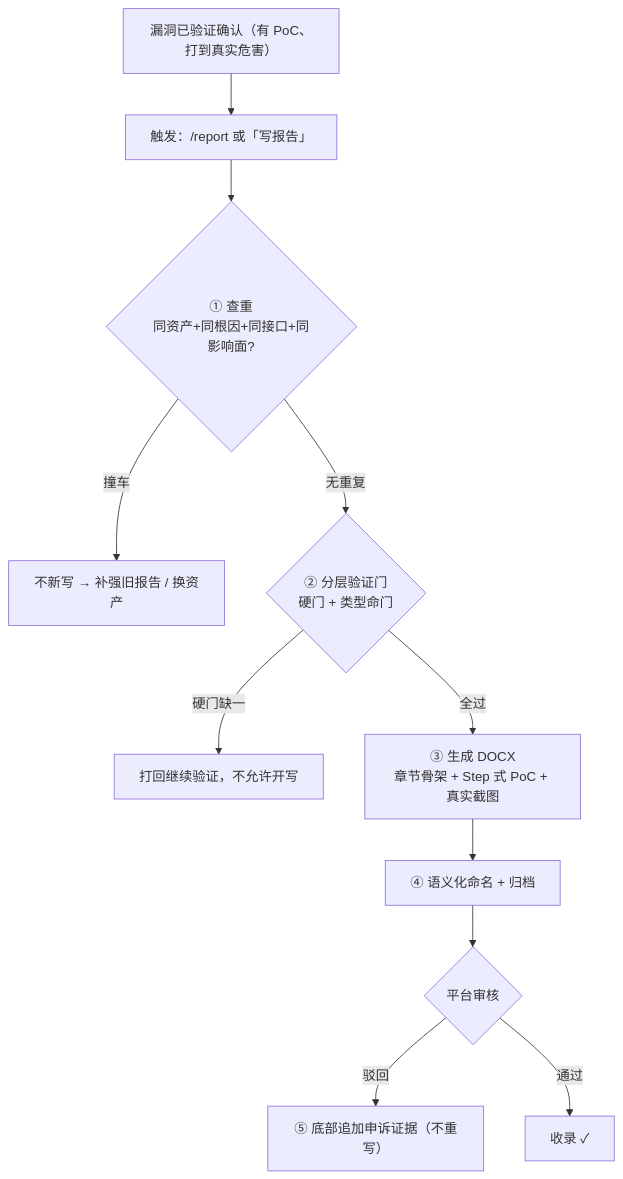
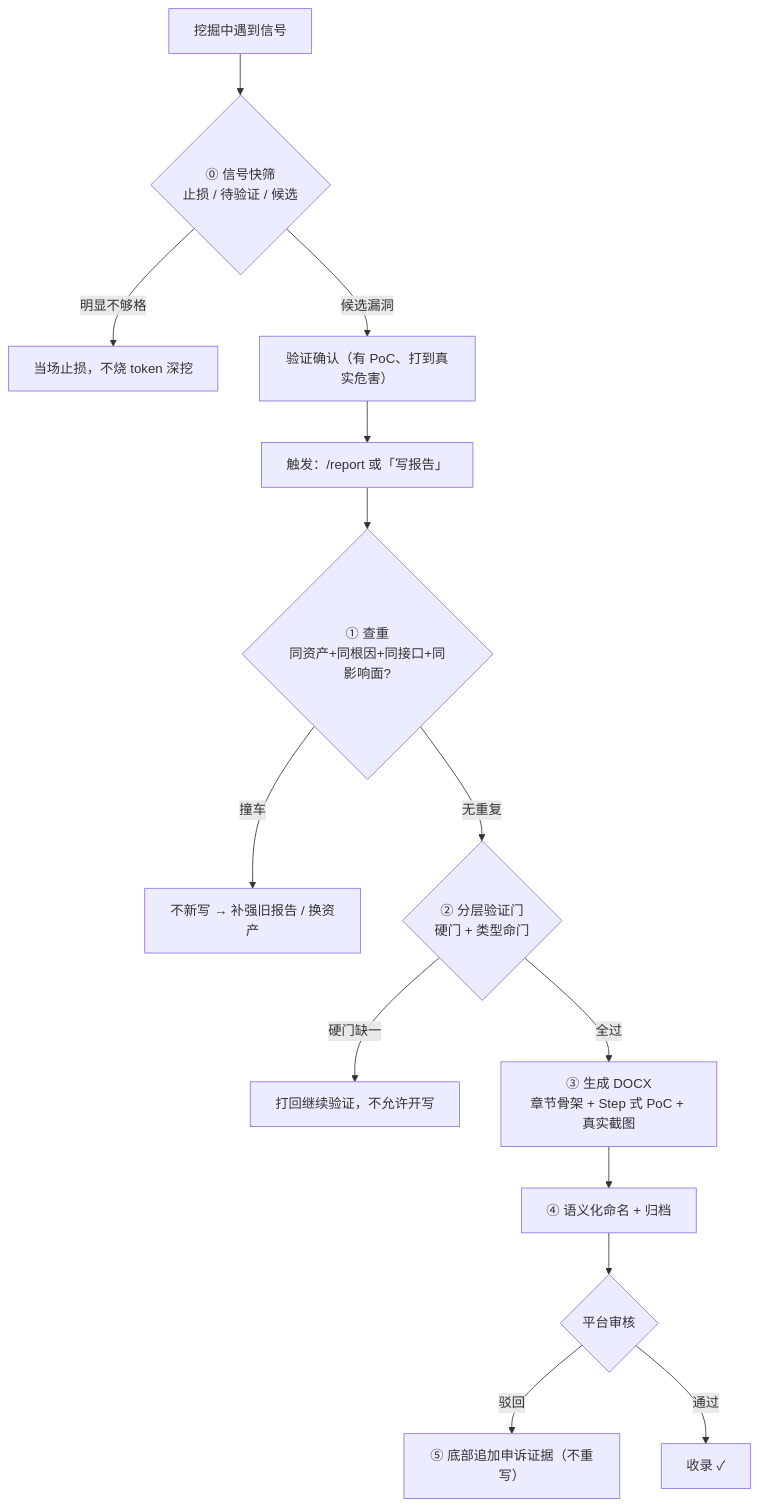
Before and after one commit to b9913949-star/vuln-report-skill: the diagram in README.md, drawn with Mermaid. The commit also changed other lines of this file and 1 other file, not shown here.

Commit message:
Two-stage review (digging-time triage + pre-report gates); background screenshots without window focus steal; proxy-tool neutral; shots/ cleanup after delivery

````diff
--- a/README.md
+++ b/README.md
@@ -9,13 +9,16 @@
 ```mermaid
 flowchart TD
-    A["漏洞已验证确认（有 PoC、打到真实危害）"] --> B["触发：/report 或「写报告」"]
+    A0["挖掘中遇到信号"] --> A1{"⓪ 信号快筛<br/>止损 / 待验证 / 候选"}
+    A1 -->|"明显不够格"| A2["当场止损，不烧 token 深挖"]
+    A1 -->|"候选漏洞"| A["验证确认（有 PoC、打到真实危害）"]
+    A --> B["触发：/report 或「写报告」"]
     B --> C{"① 查重<br/>同资产+同根因+同接口+同影响面?"}
     C -->|"撞车"| C1["不新写 → 补强旧报告 / 换资产"]
     C -->|"无重复"| D{"② 分层验证门<br/>硬门 + 类型命门"}
     D -->|"硬门缺一"| D1["打回继续验证，不允许开写"]
     D -->|"全过"| E["③ 生成 DOCX<br/>章节骨架 + Step 式 PoC + 真实截图"]
     E --> F["④ 语义化命名 + 归档"]
     F --> G{"平台审核"}
     G -->|"驳回"| H["⑤ 底部追加申诉证据（不重写）"]
     G -->|"通过"| I["收录 ✓"]
 ```
````
